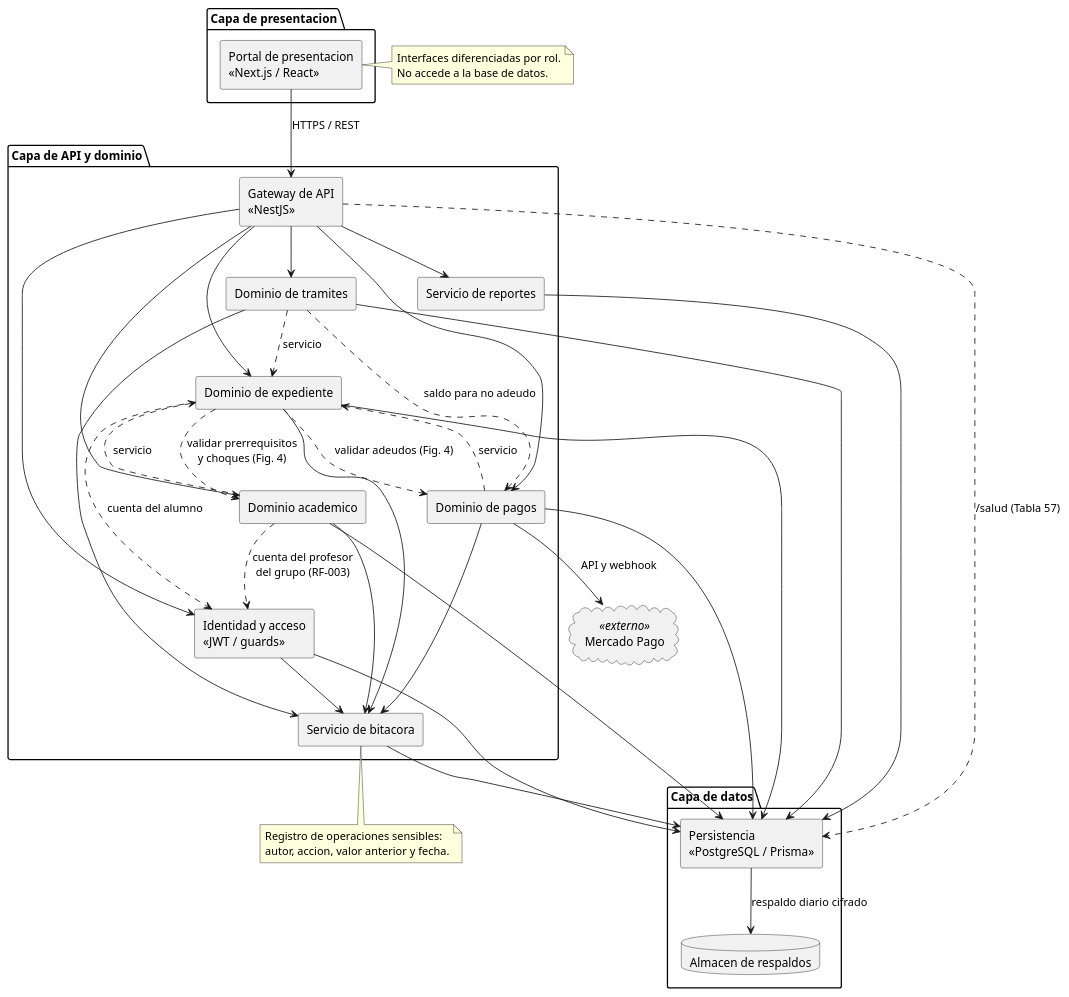
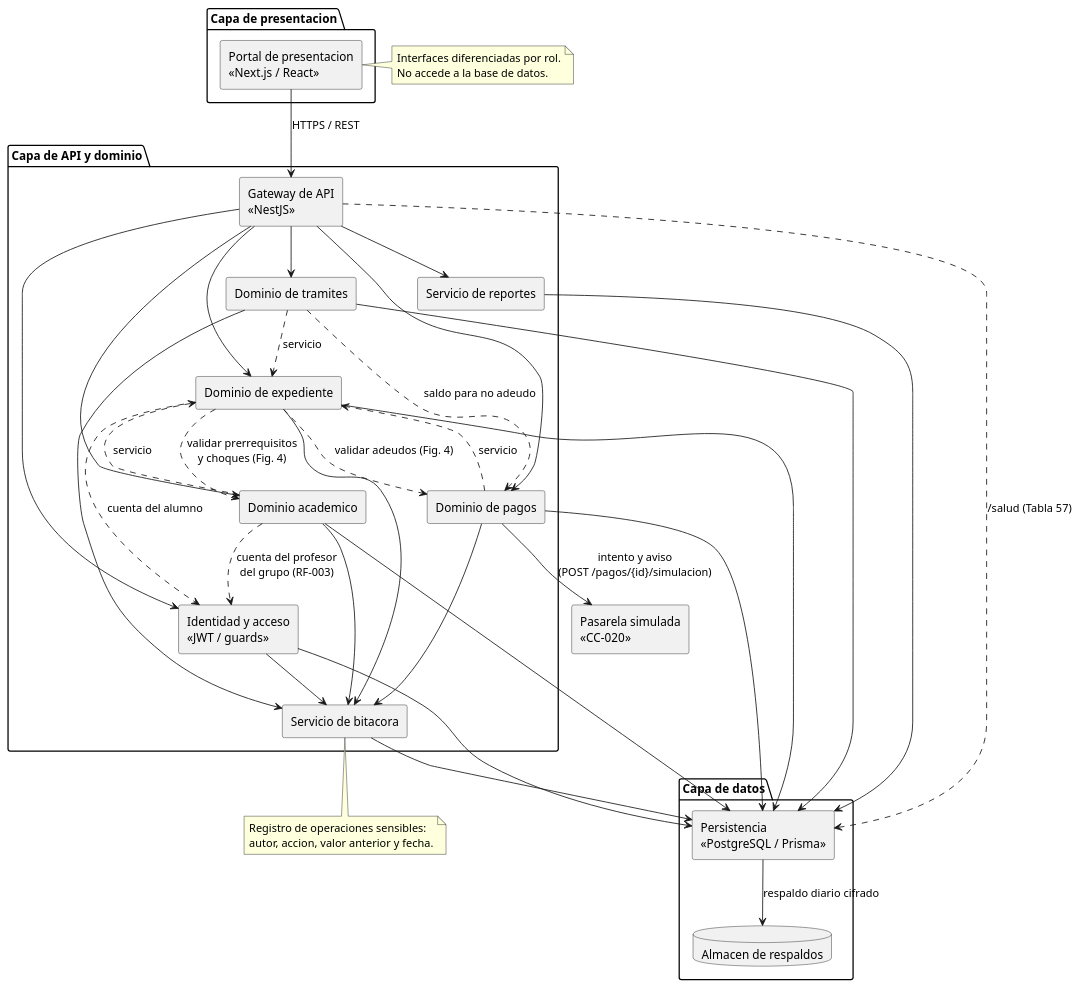
Before and after one commit to fjmp-dev/sce-control-escolar: the diagram in docs/arquitectura/fig02-componentes.puml, drawn with PlantUML. The commit also changed 32 other files, not shown here.

```diff
--- a/docs/arquitectura/fig02-componentes.puml
+++ b/docs/arquitectura/fig02-componentes.puml
@@ -1,78 +1,78 @@
 @startuml fig02-componentes
 ' Figura 2. Diagrama de componentes UML: arquitectura logica del SCE.
 ' Fuente: SCE-MC-001 v2.0, seccion 13.2 y Tabla 28.
 ' Regla de diseno: la presentacion nunca accede a la base de datos y los
 ' dominios se comunican a traves de servicios, no de tablas compartidas.
 skinparam shadowing false
 skinparam componentStyle rectangle
 
 package "Capa de presentacion" {
   [Portal de presentacion\n<<Next.js / React>>] as PORTAL
 }
 
 package "Capa de API y dominio" {
   [Gateway de API\n<<NestJS>>] as GW
   [Identidad y acceso\n<<JWT / guards>>] as IAM
   [Dominio de expediente] as DEXP
   [Dominio academico] as DACA
   [Dominio de pagos] as DPAG
   [Dominio de tramites] as DTRA
   [Servicio de bitacora] as SBIT
   [Servicio de reportes] as SREP
 }
 
 package "Capa de datos" {
   [Persistencia\n<<PostgreSQL / Prisma>>] as PERS
   database "Almacen de respaldos" as BKP
 }
 
-cloud "Mercado Pago" as MP <<externo>>
+[Pasarela simulada\n<<CC-020>>] as MP
 
 PORTAL --> GW : HTTPS / REST
 GW --> IAM
 GW --> DEXP
 GW --> DACA
 GW --> DPAG
 GW --> DTRA
 GW --> SREP
 
 DEXP --> SBIT
 DACA --> SBIT
 DPAG --> SBIT
 DTRA --> SBIT
 
 DEXP --> PERS
 DACA --> PERS
 DPAG --> PERS
 DTRA --> PERS
 SBIT --> PERS
 SREP --> PERS
 IAM --> PERS
 
-DPAG --> MP : API y webhook
+DPAG --> MP : intento y aviso\n(POST /pagos/{id}/simulacion)
 PERS --> BKP : respaldo diario cifrado
 
 DACA ..> DEXP : servicio
 DPAG ..> DEXP : servicio
 DTRA ..> DEXP : servicio
 
 ' CC-014: dependencias que ya exigen otras figuras y requisitos.
 DEXP ..> DACA : validar prerrequisitos\ny choques (Fig. 4)
 DEXP ..> DPAG : validar adeudos (Fig. 4)
 DTRA ..> DPAG : saldo para no adeudo
 IAM --> SBIT
 GW ..> PERS : /salud (Tabla 57)
 DEXP ..> IAM : cuenta del alumno
 DACA ..> IAM : cuenta del profesor\ndel grupo (RF-003)
 
 note right of PORTAL
   Interfaces diferenciadas por rol.
   No accede a la base de datos.
 end note
 
 note bottom of SBIT
   Registro de operaciones sensibles:
   autor, accion, valor anterior y fecha.
 end note
 
 @enduml
```
